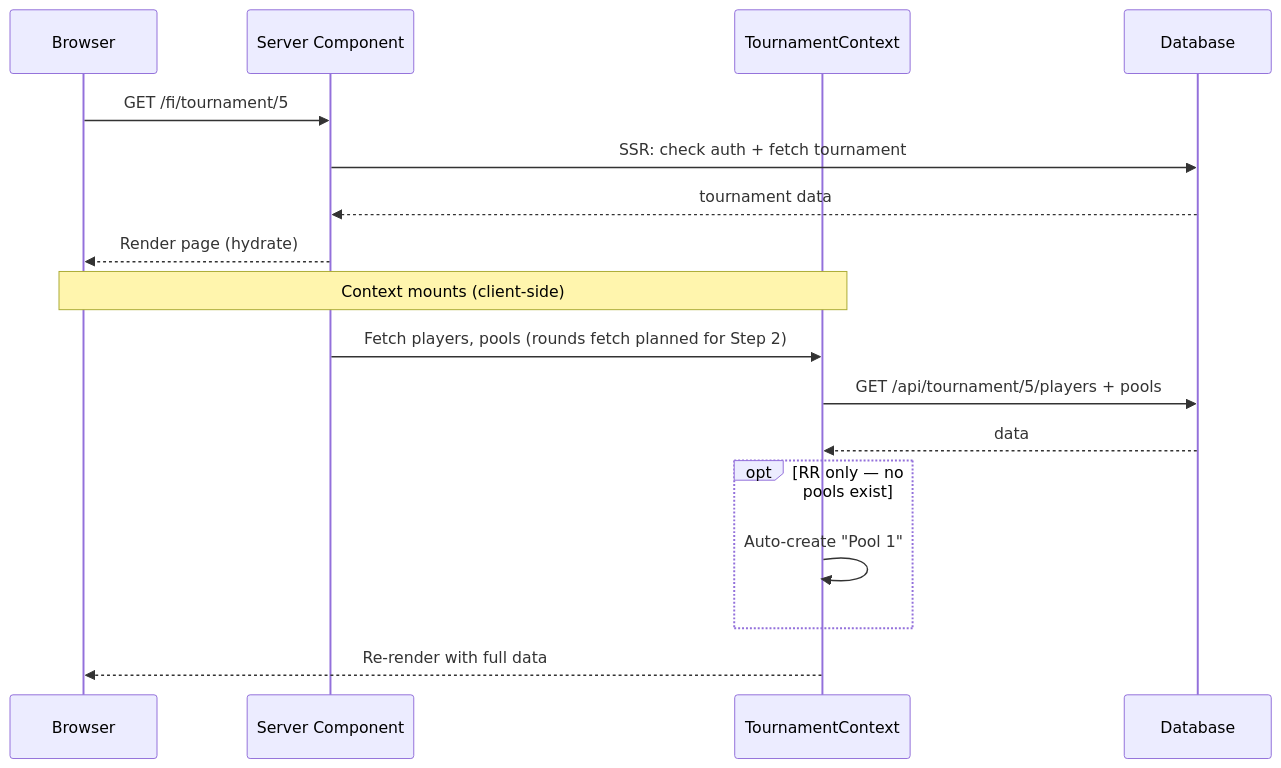
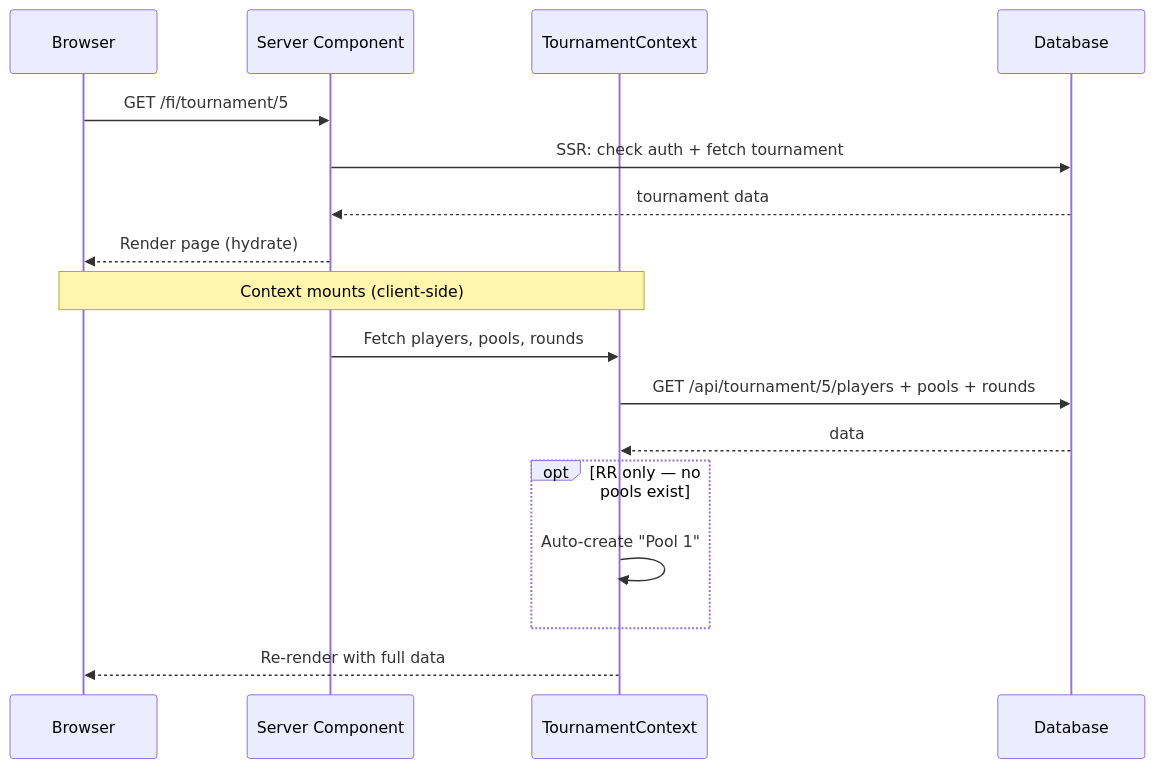
The fourth of 14 diagrams in docs/interaction-diagrams.md (cy6erskunk/tournament-app), drawn with Mermaid before and after one commit. The commit also changed other lines of this file and 7 other files, not shown here.

First line of the commit message:
Step 2: Rounds API, TournamentContext integration, and auto-creation on tournament setup

````diff
--- a/docs/interaction-diagrams.md
+++ b/docs/interaction-diagrams.md
@@ -87,24 +93,24 @@
 ```mermaid
 sequenceDiagram
     participant Browser
     participant SC as Server Component
     participant TC as TournamentContext
     participant DB as Database
 
     Browser->>SC: GET /fi/tournament/5
     SC->>DB: SSR: check auth + fetch tournament
     DB-->>SC: tournament data
     SC-->>Browser: Render page (hydrate)
 
     Note over Browser,TC: Context mounts (client-side)
 
-    SC->>TC: Fetch players, pools (rounds fetch planned for Step 2)
-    TC->>DB: GET /api/tournament/5/players + pools
+    SC->>TC: Fetch players, pools, rounds
+    TC->>DB: GET /api/tournament/5/players + pools + rounds
     DB-->>TC: data
 
     opt RR only — no pools exist
         TC->>TC: Auto-create "Pool 1"
     end
 
     TC-->>Browser: Re-render with full data
 ```
````
